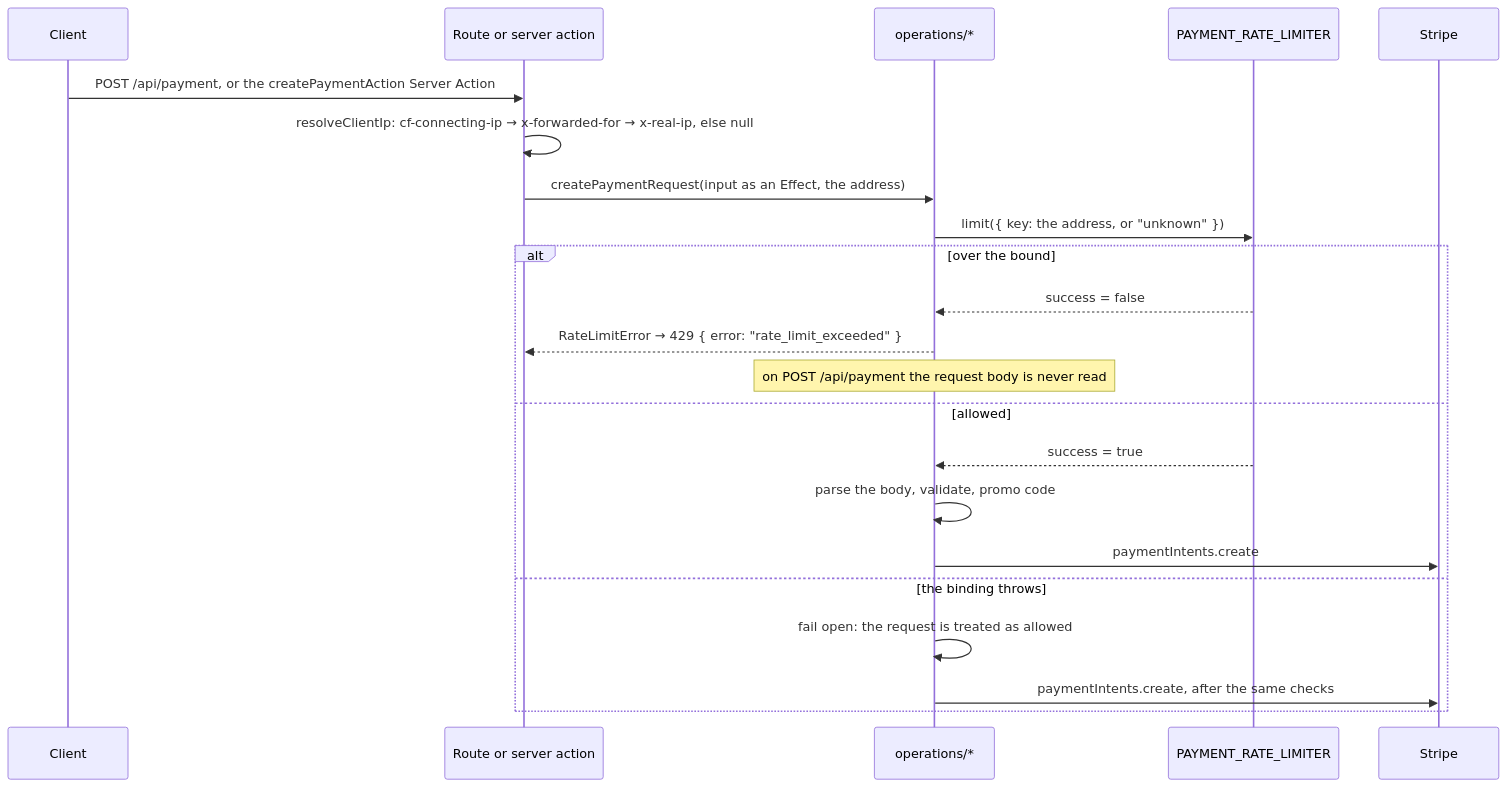
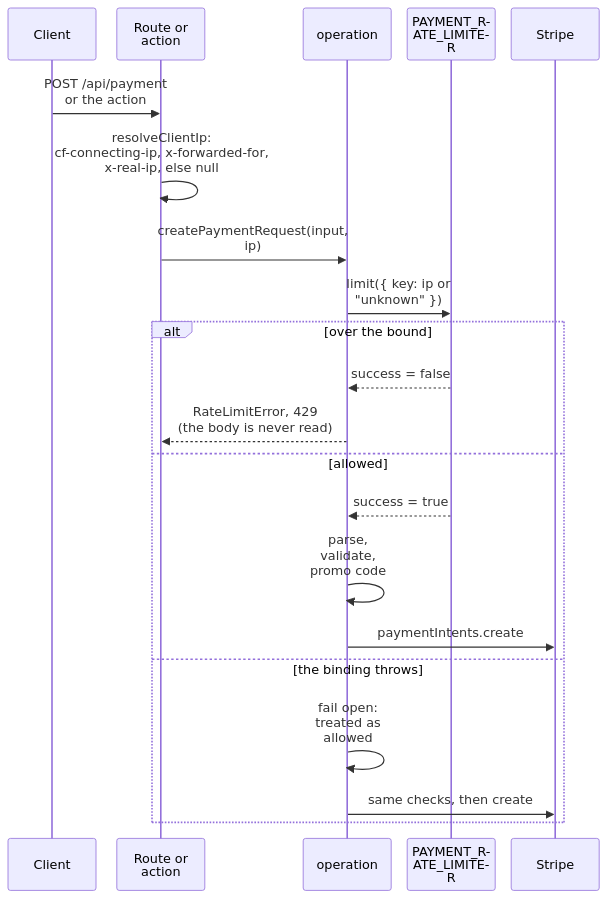
Before and after one commit to fbuireu/forever-pto: the diagram in apps/docs/src/content/docs/how-it-works/rate-limiting.mdx, drawn with Mermaid. The commit also changed other lines of this file and 16 other files, not shown here.

First line of the commit message:
docs(docs): fix how-it-works drift and rework the diagrams to read at column width

````diff
--- a/apps/docs/src/content/docs/how-it-works/rate-limiting.mdx
+++ b/apps/docs/src/content/docs/how-it-works/rate-limiting.mdx
@@ -12,29 +12,32 @@
 ```mermaid
 ---
 config:
   look: handDrawn
   layout: dagre
+  sequence:
+    wrap: true
+    width: 110
+    actorMargin: 20
 ---
 sequenceDiagram
   participant C as Client
-  participant R as Route or server action
-  participant OP as operations/*
+  participant R as Route or action
+  participant OP as operation
   participant L as PAYMENT_RATE_LIMITER
   participant S as Stripe
-  C->>R: POST /api/payment, or the createPaymentAction Server Action
-  R->>R: resolveClientIp: cf-connecting-ip → x-forwarded-for → x-real-ip, else null
-  R->>OP: createPaymentRequest(input as an Effect, the address)
-  OP->>L: limit({ key: the address, or "unknown" })
+  C->>R: POST /api/payment or the action
+  R->>R: resolveClientIp:<br/>cf-connecting-ip, x-forwarded-for,<br/>x-real-ip, else null
+  R->>OP: createPaymentRequest(input, ip)
+  OP->>L: limit({ key: ip or "unknown" })
   alt over the bound
     L-->>OP: success = false
-    OP-->>R: RateLimitError → 429 { error: "rate_limit_exceeded" }
-    Note over OP: on POST /api/payment the request body is never read
+    OP-->>R: RateLimitError, 429<br/>(the body is never read)
   else allowed
     L-->>OP: success = true
-    OP->>OP: parse the body, validate, promo code
+    OP->>OP: parse, validate, promo code
     OP->>S: paymentIntents.create
   else the binding throws
-    OP->>OP: fail open: the request is treated as allowed
-    OP->>S: paymentIntents.create, after the same checks
+    OP->>OP: fail open: treated as allowed
+    OP->>S: same checks, then create
   end
 ```
````
